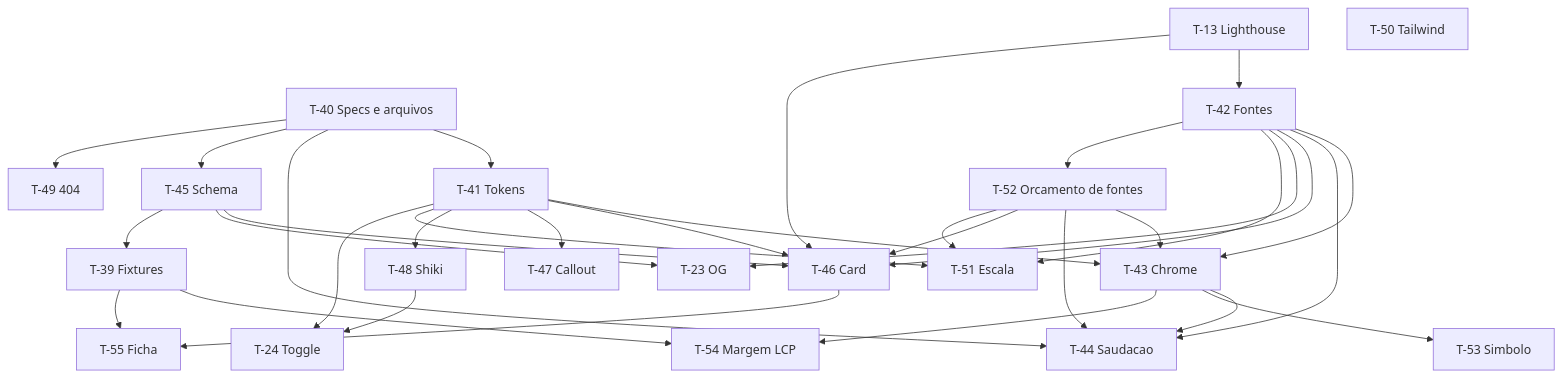
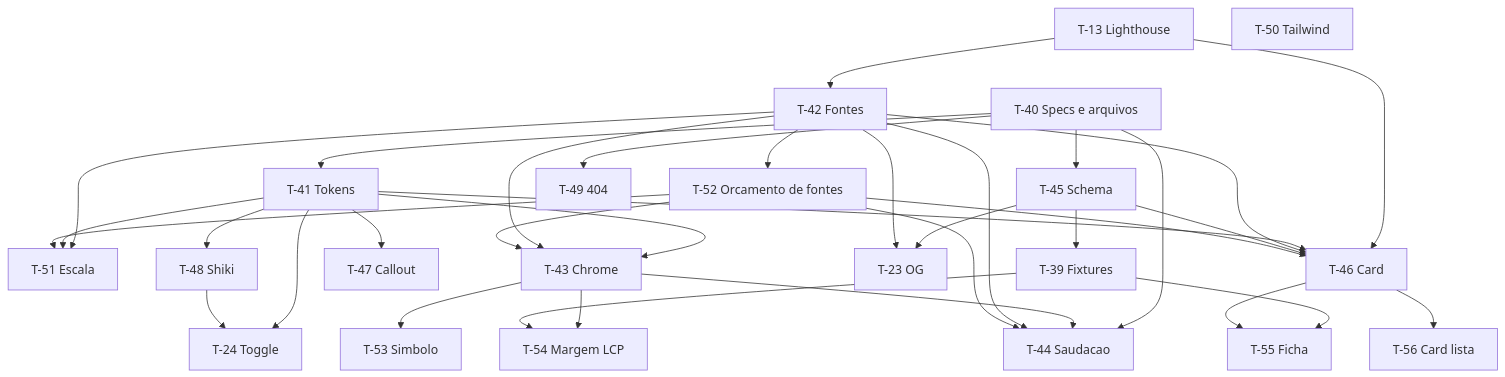
The second of 2 diagrams in specs/ROADMAP.md (Pedroknoll/blog_pedro-knoll), drawn with Mermaid before and after one commit. The commit also changed other lines of this file and 12 other files, not shown here.

````diff
--- a/specs/ROADMAP.md
+++ b/specs/ROADMAP.md
@@ -86,55 +86,57 @@
 ```mermaid
 flowchart TD
   T40[T-40 Specs e arquivos]
   T41[T-41 Tokens]
   T13[T-13 Lighthouse]
   T42[T-42 Fontes]
   T51[T-51 Escala]
   T52[T-52 Orcamento de fontes]
   T43[T-43 Chrome]
   T44[T-44 Saudacao]
   T45[T-45 Schema]
   T46[T-46 Card]
   T47[T-47 Callout]
   T48[T-48 Shiki]
   T49[T-49 404]
   T50[T-50 Tailwind]
   T23[T-23 OG]
   T24[T-24 Toggle]
   T39[T-39 Fixtures]
   T53[T-53 Simbolo]
   T54[T-54 Margem LCP]
   T55[T-55 Ficha]
+  T56[T-56 Card lista]
   T40 --> T41
   T40 --> T44
   T40 --> T45
   T40 --> T49
   T13 --> T42
   T41 --> T43
   T42 --> T43
   T43 --> T44
   T42 --> T44
   T13 --> T46
   T41 --> T46
   T42 --> T46
   T45 --> T46
   T41 --> T47
   T41 --> T48
   T45 --> T23
   T42 --> T23
   T42 --> T51
   T41 --> T51
   T42 --> T52
   T52 --> T43
   T52 --> T44
   T52 --> T46
   T52 --> T51
   T45 --> T39
   T41 --> T24
   T48 --> T24
   T43 --> T53
   T43 --> T54
   T39 --> T54
   T39 --> T55
   T46 --> T55
+  T46 --> T56
 ```
````
